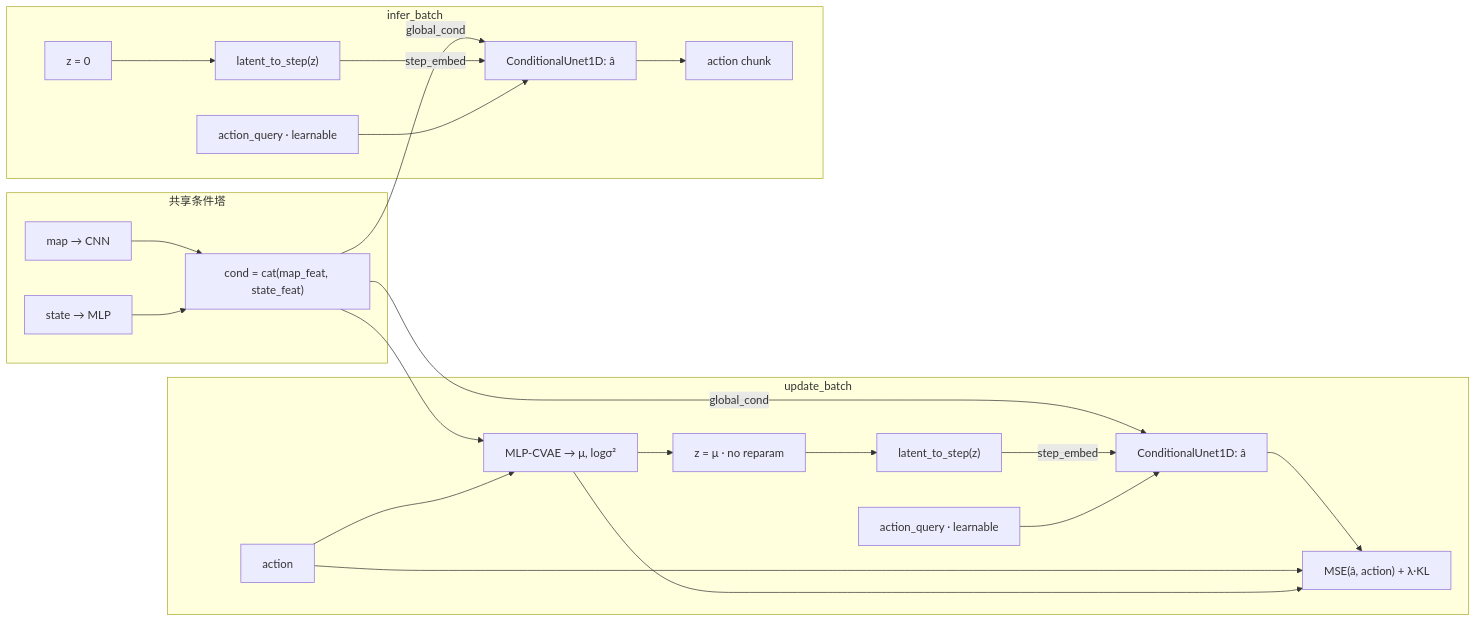
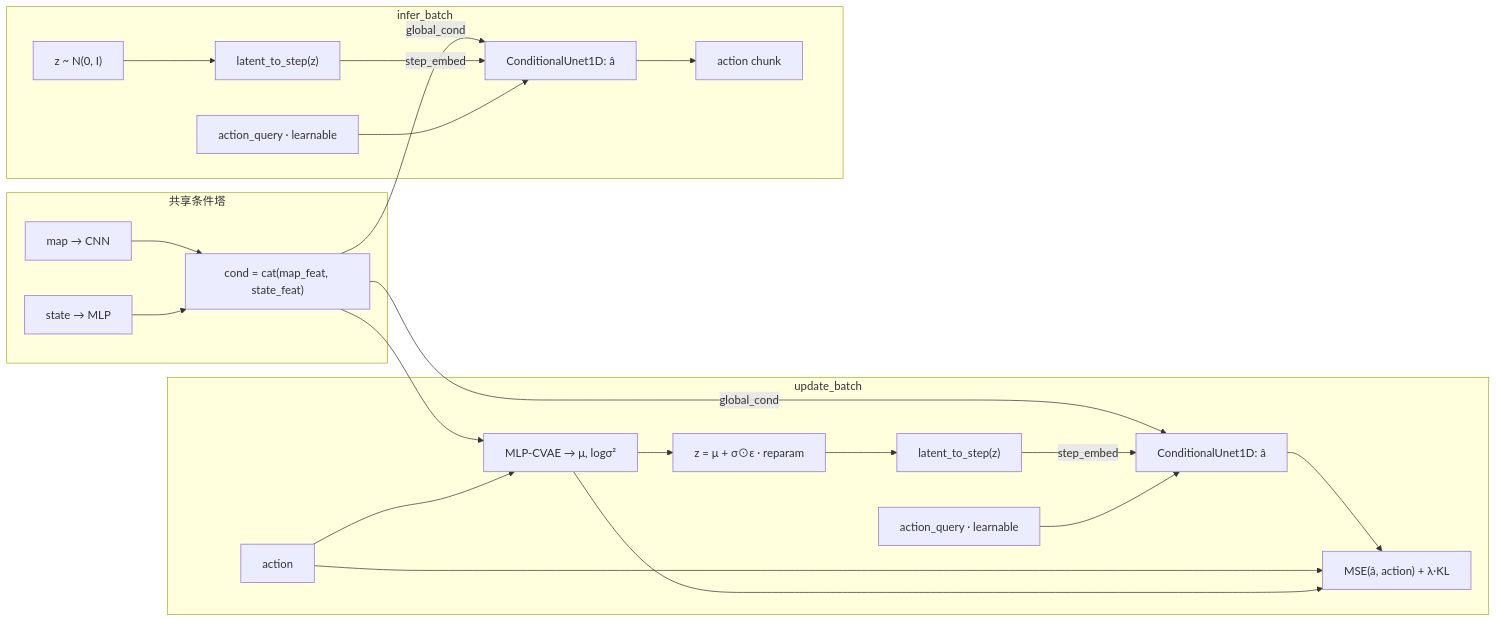
One commit to IBNBlank/maze_playground changed the second of 2 diagrams in bench_policy/utils/policy/act/ARCHITECTURE.md. Above: the diagram before and after it, drawn with Mermaid. The commit also changed other lines of this file and 4 other files, not shown here.

````diff
--- a/bench_policy/utils/policy/act/ARCHITECTURE.md
+++ b/bench_policy/utils/policy/act/ARCHITECTURE.md
@@ -44,43 +44,43 @@
 ```mermaid
 flowchart LR
   subgraph enc["共享条件塔"]
     Map["map → CNN"]
     State["state → MLP"]
     Cond["cond = cat(map_feat, state_feat)"]
     Map --> Cond
     State --> Cond
   end
 
   subgraph train["update_batch"]
     A["action"]
     Post["MLP-CVAE → μ, logσ²"]
-    Z["z = μ · no reparam"]
+    Z["z = μ + σ⊙ε · reparam"]
     Step["latent_to_step(z)"]
     Q["action_query · learnable"]
     Pred["ConditionalUnet1D: â"]
     L["MSE(â, action) + λ·KL"]
     Cond --> Post
     A --> Post
     Post --> Z
     Z --> Step
     Cond -->|"global_cond"| Pred
     Step -->|"step_embed"| Pred
     Q --> Pred
     Pred --> L
     A --> L
     Post --> L
   end
 
   subgraph infer["infer_batch"]
-    Z0["z = 0"]
+    Z0["z ~ N(0, I)"]
     Step2["latent_to_step(z)"]
     Q2["action_query · learnable"]
     Dec["ConditionalUnet1D: â"]
     Out["action chunk"]
     Cond -->|"global_cond"| Dec
     Z0 --> Step2
     Step2 -->|"step_embed"| Dec
     Q2 --> Dec
     Dec --> Out
   end
 ```
````
